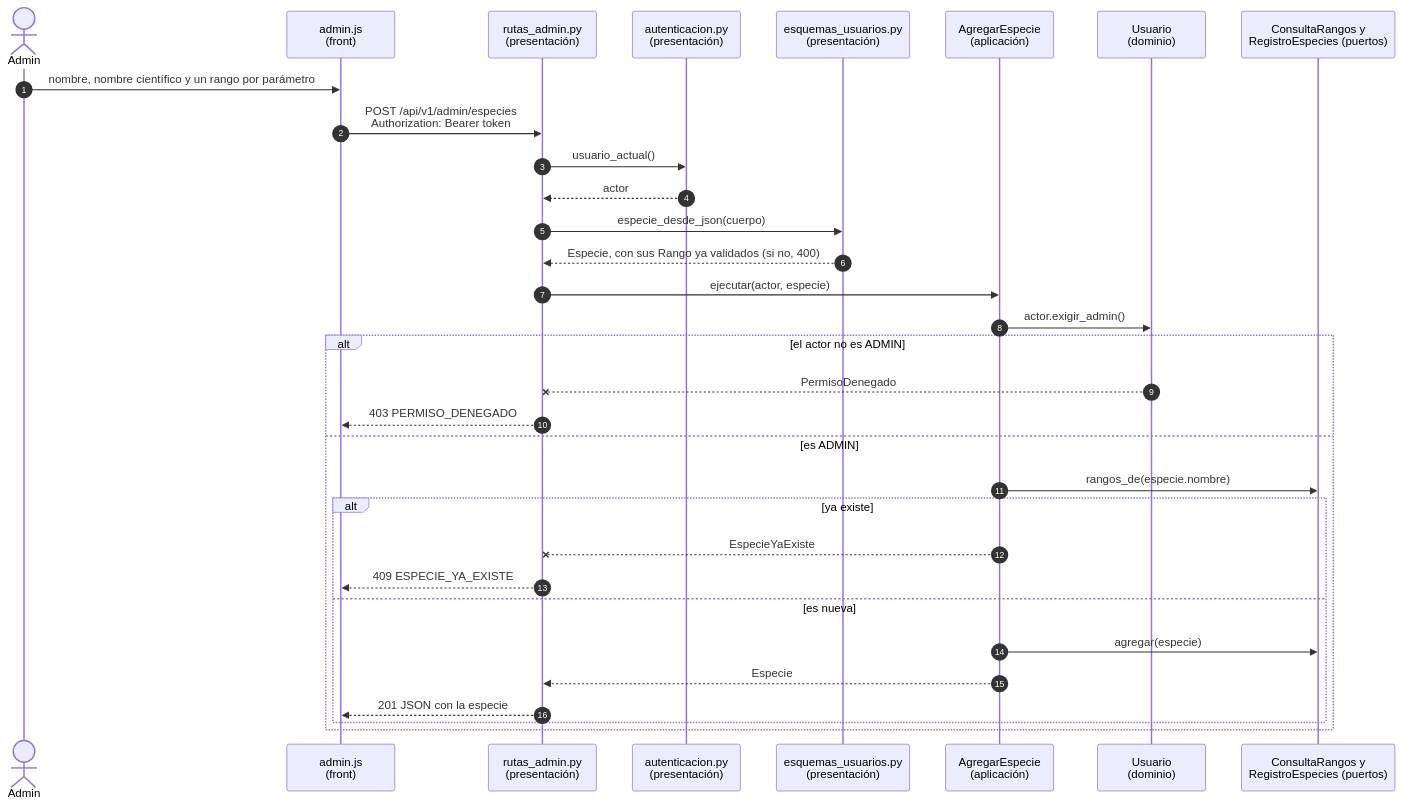
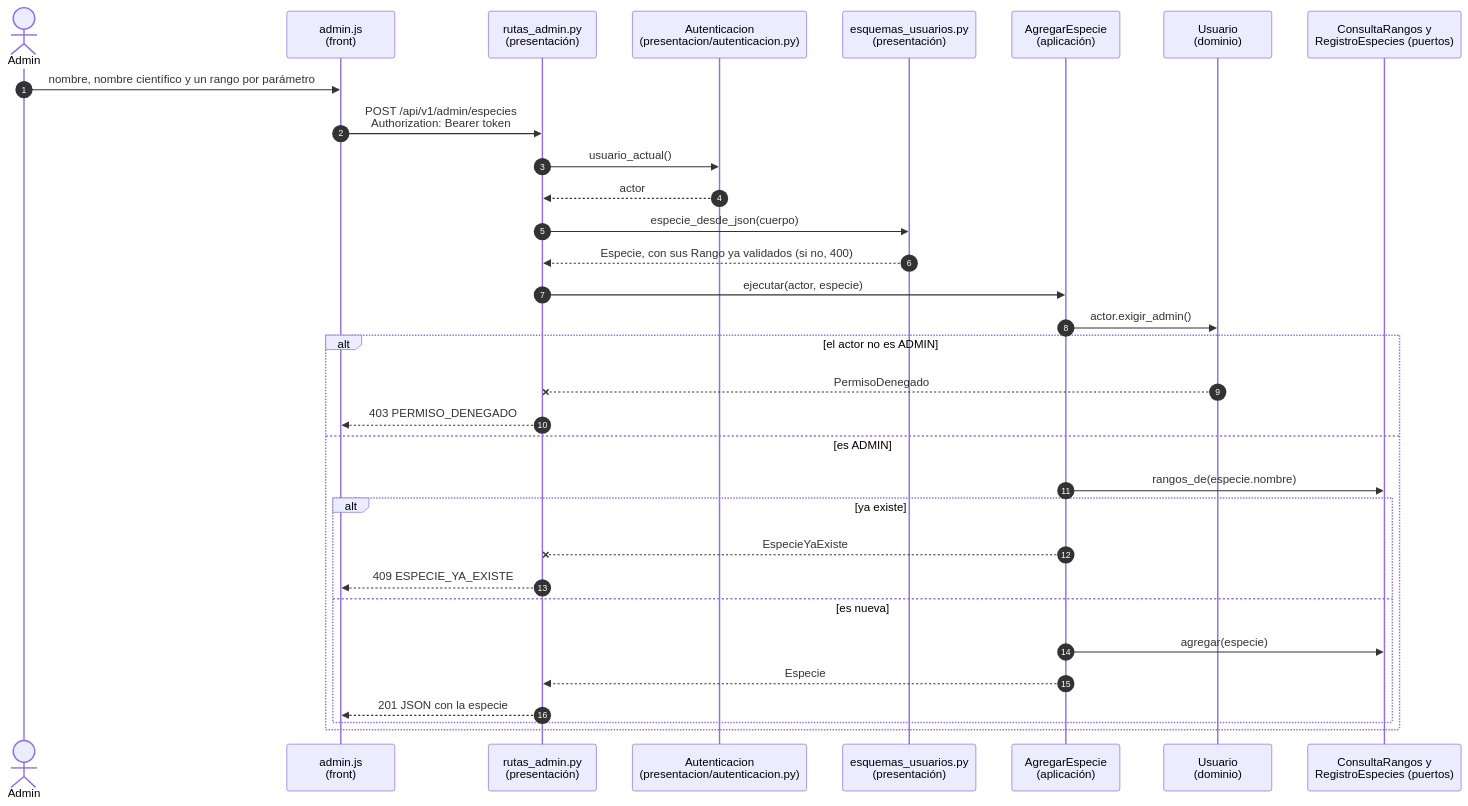
Before and after one commit to Pipelol0723/matera-inteligente: the diagram in docs/diagramas/secuencia-admin-especie.mmd, drawn with Mermaid. The commit also changed 30 other files, not shown here.

First line of the commit message:
Docs: diagramas del corte 2 ajustados a lo implementado

```diff
--- a/docs/diagramas/secuencia-admin-especie.mmd
+++ b/docs/diagramas/secuencia-admin-especie.mmd
@@ -1,34 +1,34 @@
-%% Secuencia del corte 2 (diseño): el administrador agrega una especie. Muestra dónde se revisa el permiso.
+%% Secuencia del corte 2 (implementada): el administrador agrega una especie. Muestra dónde se revisa el permiso.
 sequenceDiagram
     autonumber
     actor Admin
     participant UI as admin.js<br/>(front)
     participant RA as rutas_admin.py<br/>(presentación)
-    participant AU as autenticacion.py<br/>(presentación)
+    participant AU as Autenticacion<br/>(presentacion/autenticacion.py)
     participant EU as esquemas_usuarios.py<br/>(presentación)
     participant AE as AgregarEspecie<br/>(aplicación)
     participant U as Usuario<br/>(dominio)
     participant P as ConsultaRangos y<br/>RegistroEspecies (puertos)
 
     Admin ->> UI: nombre, nombre científico y un rango por parámetro
     UI ->> RA: POST /api/v1/admin/especies<br/>Authorization: Bearer token
     RA ->> AU: usuario_actual()
     AU -->> RA: actor
     RA ->> EU: especie_desde_json(cuerpo)
     EU -->> RA: Especie, con sus Rango ya validados (si no, 400)
     RA ->> AE: ejecutar(actor, especie)
     AE ->> U: actor.exigir_admin()
     alt el actor no es ADMIN
         U --x RA: PermisoDenegado
         RA -->> UI: 403 PERMISO_DENEGADO
     else es ADMIN
         AE ->> P: rangos_de(especie.nombre)
         alt ya existe
             AE --x RA: EspecieYaExiste
             RA -->> UI: 409 ESPECIE_YA_EXISTE
         else es nueva
             AE ->> P: agregar(especie)
             AE -->> RA: Especie
             RA -->> UI: 201 JSON con la especie
         end
     end
```
